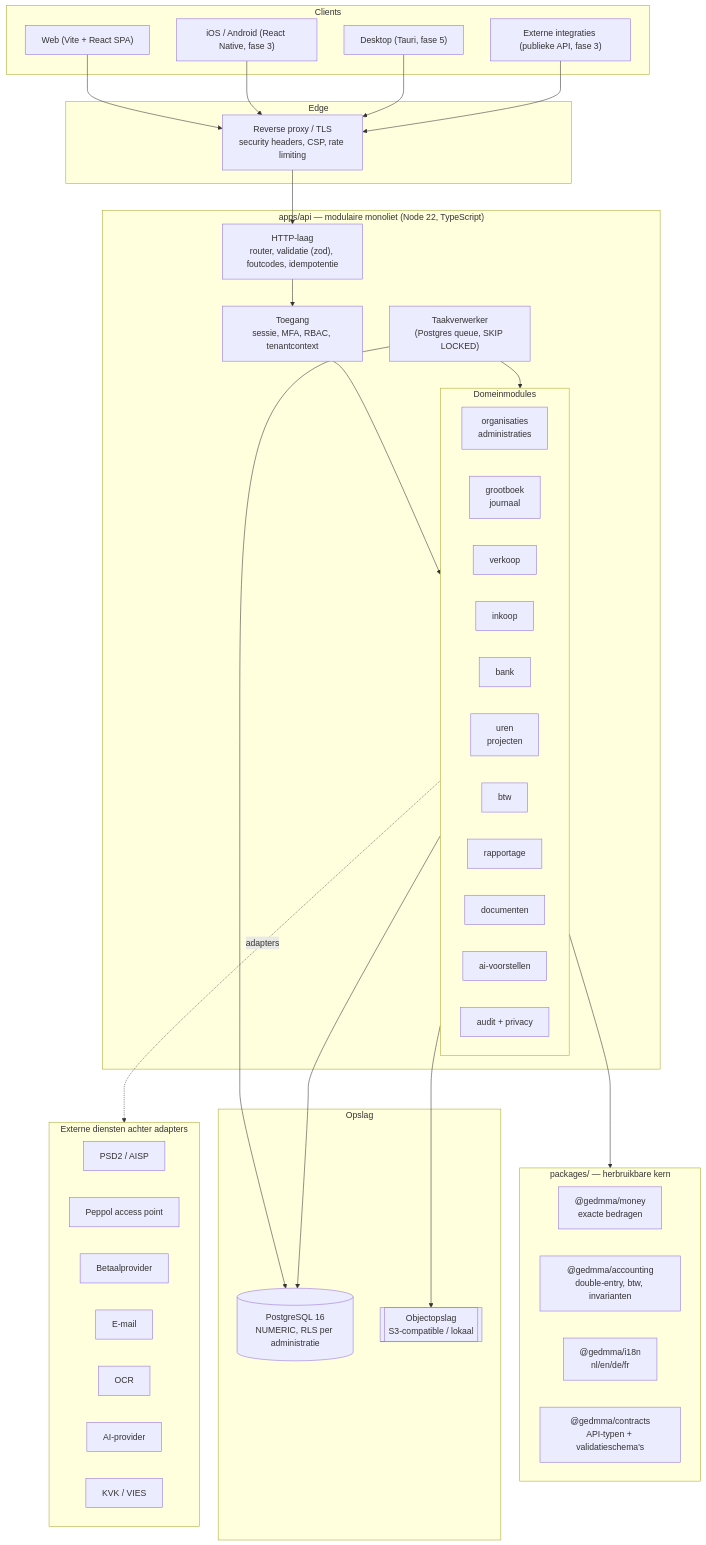
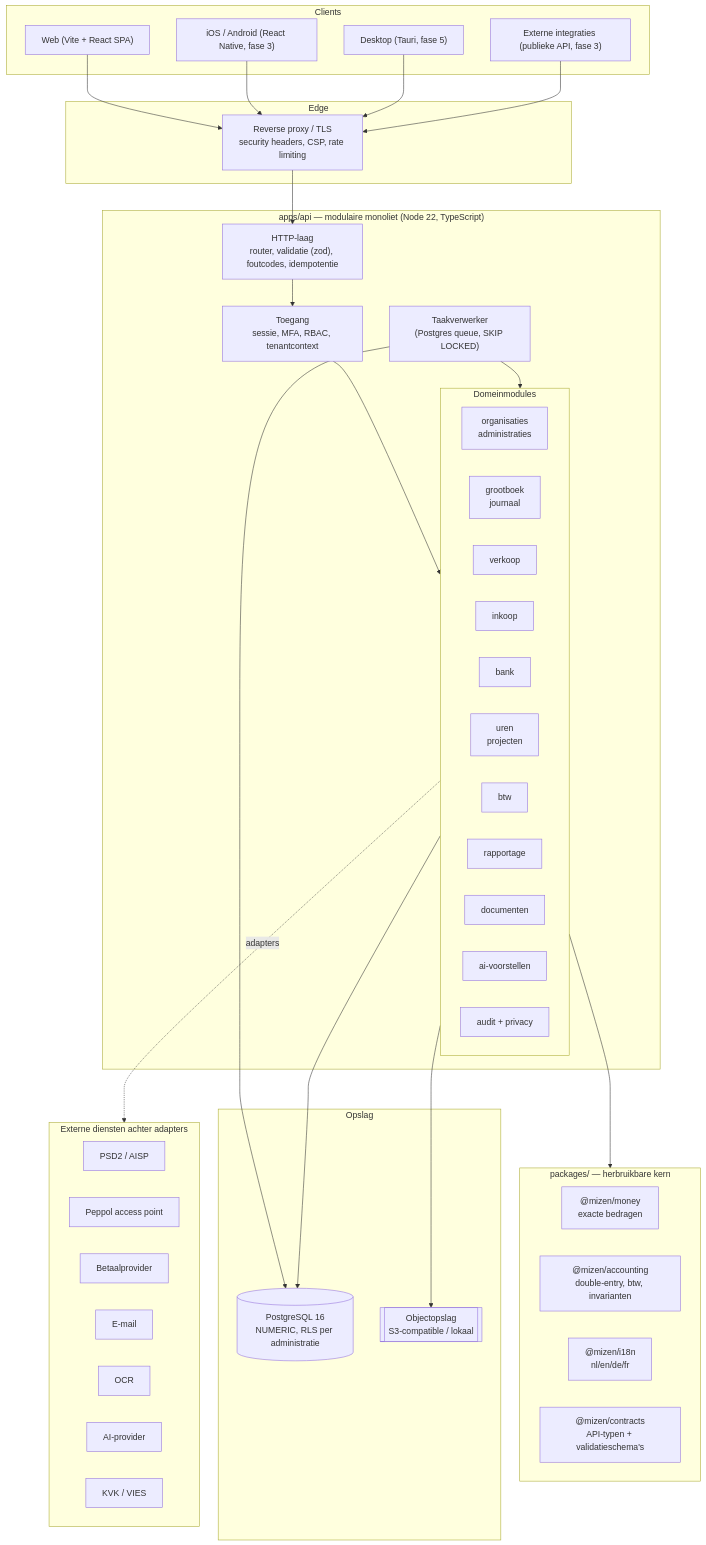
Before and after one commit to motispiritsound-star/Gedmma-app: the first of 2 diagrams in docs/architecture.md, drawn with Mermaid. The commit also changed other lines of this file and 121 other files, not shown here.

````diff
--- a/docs/architecture.md
+++ b/docs/architecture.md
@@ -15,69 +15,69 @@
 ```mermaid
 flowchart TB
   subgraph clients["Clients"]
     web["Web (Vite + React SPA)"]
     mobile["iOS / Android (React Native, fase 3)"]
     desktop["Desktop (Tauri, fase 5)"]
     api_client["Externe integraties (publieke API, fase 3)"]
   end
 
   subgraph edge["Edge"]
     rp["Reverse proxy / TLS<br/>security headers, CSP, rate limiting"]
   end
 
   subgraph app["apps/api — modulaire monoliet (Node 22, TypeScript)"]
     http["HTTP-laag<br/>router, validatie (zod), foutcodes, idempotentie"]
     authz["Toegang<br/>sessie, MFA, RBAC, tenantcontext"]
     subgraph modules["Domeinmodules"]
       direction LR
       m_org["organisaties<br/>administraties"]
       m_led["grootboek<br/>journaal"]
       m_sales["verkoop"]
       m_purch["inkoop"]
       m_bank["bank"]
       m_uren["uren<br/>projecten"]
       m_tax["btw"]
       m_rep["rapportage"]
       m_doc["documenten"]
       m_ai["ai-voorstellen"]
       m_audit["audit + privacy"]
     end
     jobs["Taakverwerker<br/>(Postgres queue, SKIP LOCKED)"]
   end
 
   subgraph packages["packages/ — herbruikbare kern"]
-    p_money["@gedmma/money<br/>exacte bedragen"]
-    p_acc["@gedmma/accounting<br/>double-entry, btw, invarianten"]
-    p_i18n["@gedmma/i18n<br/>nl/en/de/fr"]
-    p_contracts["@gedmma/contracts<br/>API-typen + validatieschema's"]
+    p_money["@mizen/money<br/>exacte bedragen"]
+    p_acc["@mizen/accounting<br/>double-entry, btw, invarianten"]
+    p_i18n["@mizen/i18n<br/>nl/en/de/fr"]
+    p_contracts["@mizen/contracts<br/>API-typen + validatieschema's"]
   end
 
   subgraph data["Opslag"]
     pg[("PostgreSQL 16<br/>NUMERIC, RLS per administratie")]
     obj[["Objectopslag<br/>S3-compatible / lokaal"]]
   end
 
   subgraph ext["Externe diensten achter adapters"]
     psd2["PSD2 / AISP"]
     peppol["Peppol access point"]
     psp["Betaalprovider"]
     mail["E-mail"]
     ocr["OCR"]
     llm["AI-provider"]
     kvk["KVK / VIES"]
   end
 
   web --> rp
   mobile --> rp
   desktop --> rp
   api_client --> rp
   rp --> http
   http --> authz
   authz --> modules
   modules --> packages
   modules --> pg
   m_doc --> obj
   jobs --> modules
   jobs --> pg
   modules -.adapters.-> ext
 ```
````
